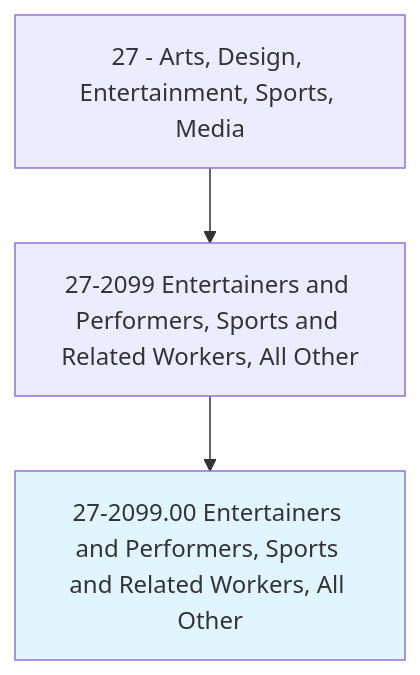
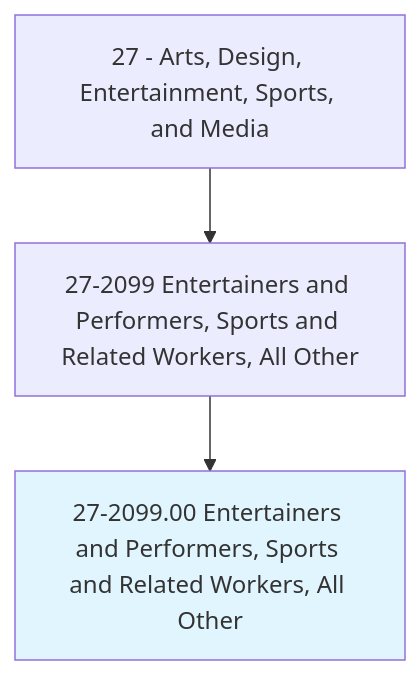
The first of 4 diagrams in occupations/ArtsMedia/EntertainersAndPerformersSportsAndRelatedWorkers.mdx (kziemski/business.org.ai), drawn with Mermaid before and after one commit. The commit also changed other lines of this file and 938 other files, not shown here.

````diff
--- a/occupations/ArtsMedia/EntertainersAndPerformersSportsAndRelatedWorkers.mdx
+++ b/occupations/ArtsMedia/EntertainersAndPerformersSportsAndRelatedWorkers.mdx
@@ -19,6 +23,6 @@
 ```mermaid
 graph TD
-    Cat27["27 - Arts, Design, Entertainment, Sports, Media"] --> Group272099["27-2099 Entertainers and Performers, Sports and Related Workers, All Other"]
+    Cat27["27 - Arts, Design, Entertainment, Sports, and Media"] --> Group272099["27-2099 Entertainers and Performers, Sports and Related Workers, All Other"]
     Group272099 --> Current["27-2099.00 Entertainers and Performers, Sports and Related Workers, All Other"]
     style Current fill:#e1f5fe
 ```
````
